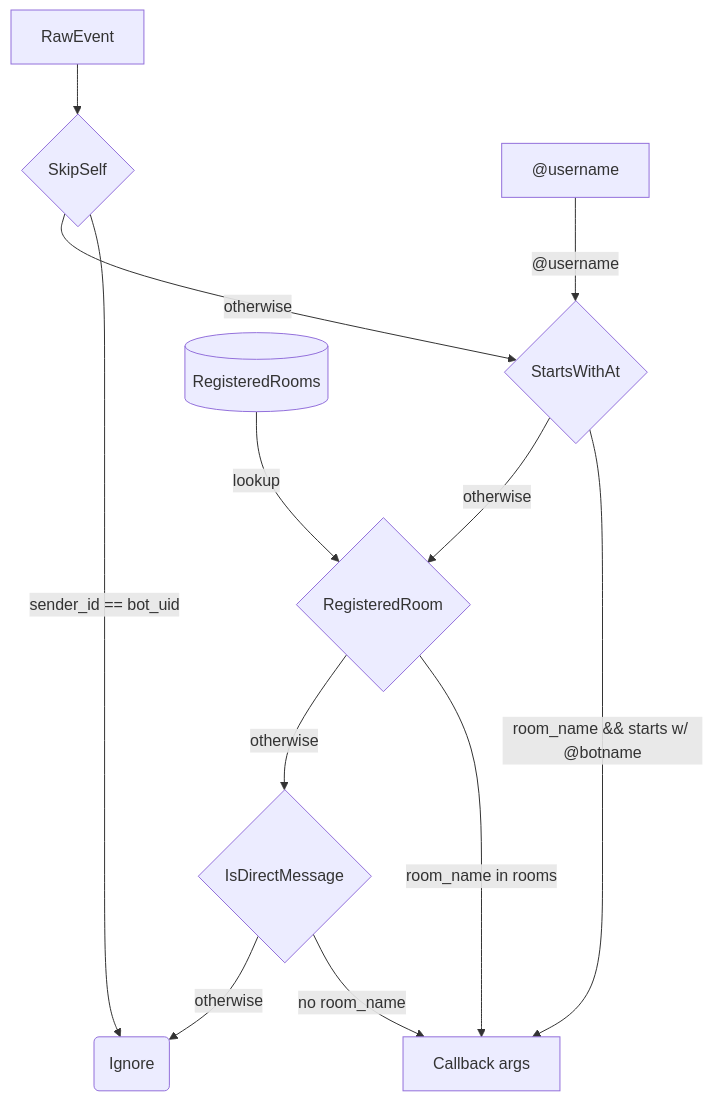
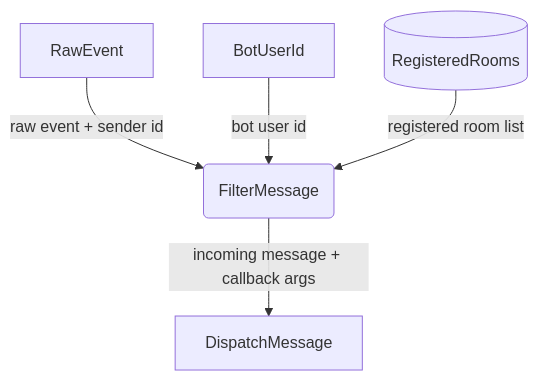
One commit to cosmoswafer/rockbot changed the third of 5 diagrams in _dfds/rocketchat.md. Above: the diagram before and after it, drawn with Mermaid. The commit also changed other lines of this file and 7 other files, not shown here.

Commit message:
fix(dfd): add room_name field and room-specific callbacks to rocketchat DFD

````diff
--- a/_dfds/rocketchat.md
+++ b/_dfds/rocketchat.md
@@ -80,24 +78,13 @@
 ```mermaid
 flowchart TD
     RAW[RawEvent]
-    SKIP_SELF{SkipSelf}
-    MENTION{StartsWithAt}
-    REG_RM{RegisteredRoom}
-    IS_DM{IsDirectMessage}
-    IGNORE(Ignore)
-    MSG[Callback args]
-    BOTNAME["@username"]
+    FILTER(FilterMessage)
+    BOT_USER[BotUserId]
     ROOMS[(RegisteredRooms)]
+    DISPATCH[DispatchMessage]
 
-    RAW --> SKIP_SELF
-    SKIP_SELF -->|"sender_id == bot_uid"| IGNORE
-    SKIP_SELF -->|"otherwise"| MENTION
-    MENTION -->|"room_name && starts w/ @botname"| MSG
-    MENTION -->|"otherwise"| REG_RM
-    REG_RM -->|"room_name in rooms"| MSG
-    REG_RM -->|"otherwise"| IS_DM
-    IS_DM -->|"no room_name"| MSG
-    IS_DM -->|"otherwise"| IGNORE
-    BOTNAME -->|"@username"| MENTION
-    ROOMS -->|"lookup"| REG_RM
+    RAW -->|"raw event + sender id"| FILTER
+    BOT_USER -->|"bot user id"| FILTER
+    ROOMS -->|"registered room list"| FILTER
+    FILTER -->|"incoming message + callback args"| DISPATCH
 ```
````
